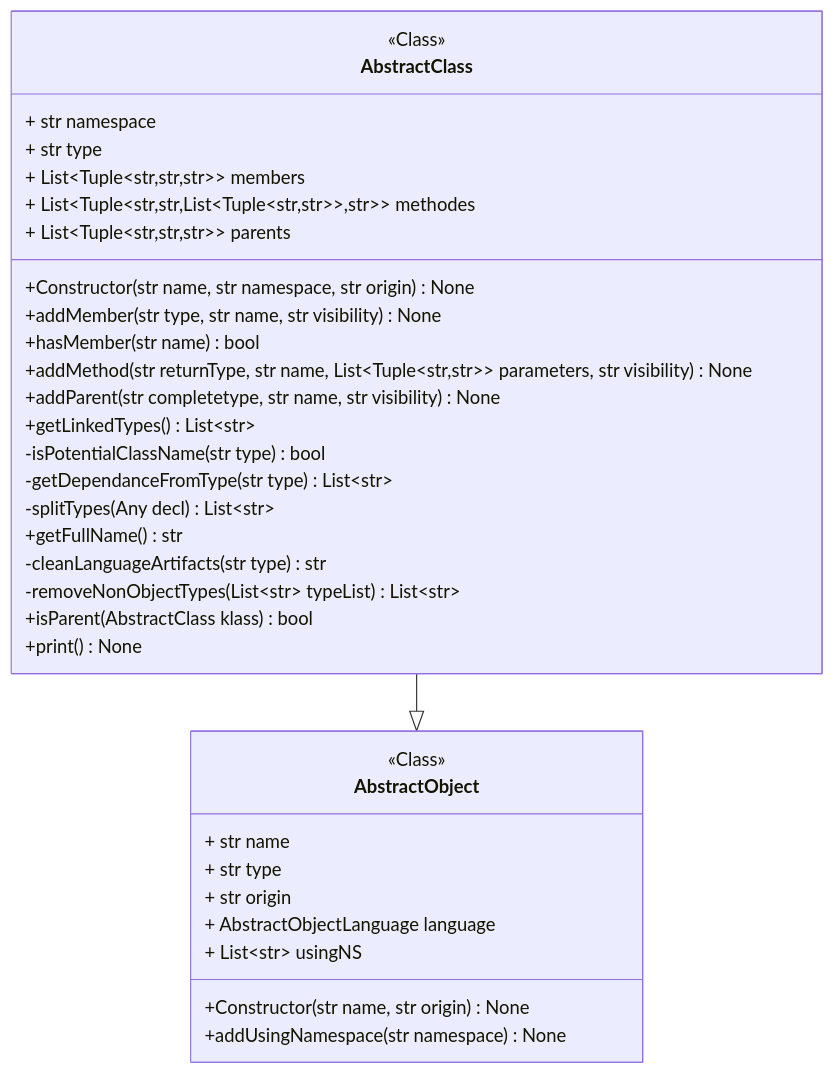
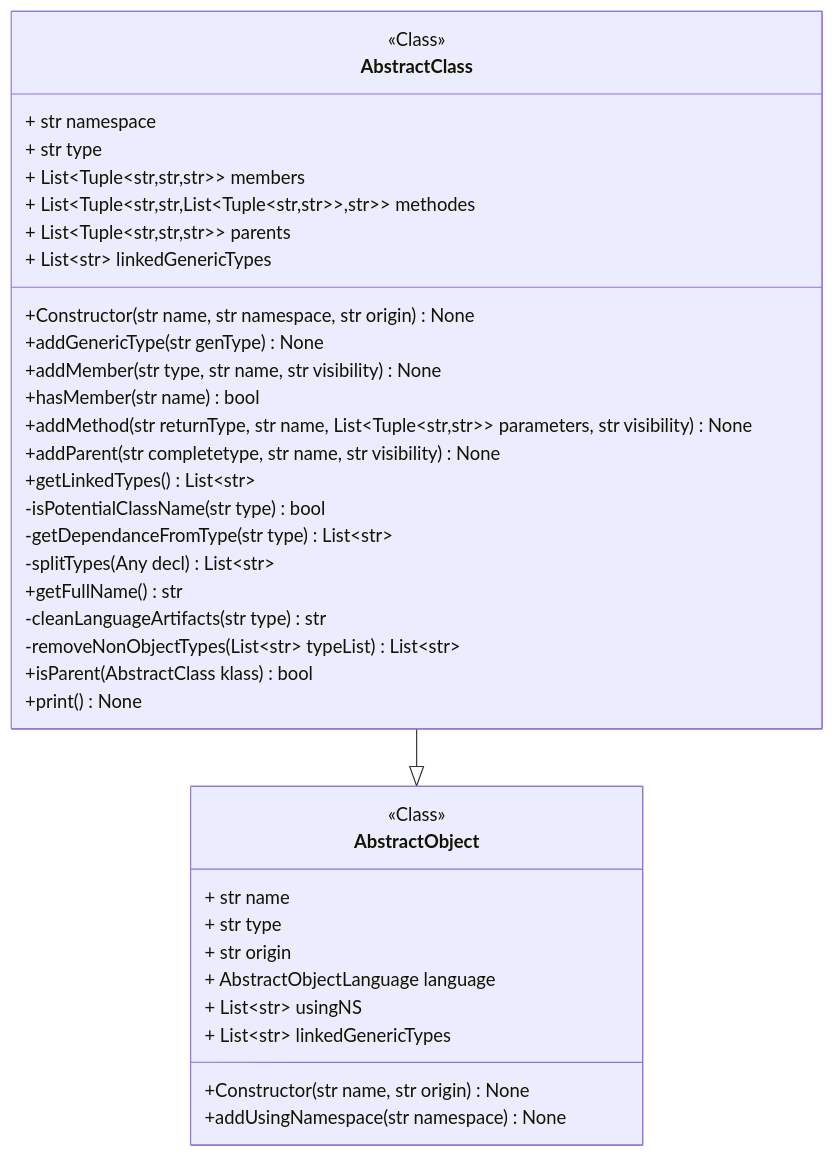
One commit to miong/pycodeanalyzer changed the diagram in docs/source/code/diagrams/pycodeanalyzer_core_abstraction_objects_AbstractClass.mmd. Above: the diagram before and after it, drawn with Mermaid. The commit also changed 24 other files, not shown here.

```diff
--- a/docs/source/code/diagrams/pycodeanalyzer_core_abstraction_objects_AbstractClass.mmd
+++ b/docs/source/code/diagrams/pycodeanalyzer_core_abstraction_objects_AbstractClass.mmd
@@ -1,35 +1,38 @@
 classDiagram
 class AbstractClass {
 <<Class>>
 + str namespace
 + str type
 + List&lt;Tuple&lt;str,str,str&gt;&gt; members
 + List&lt;Tuple&lt;str,str,List&lt;Tuple&lt;str,str&gt;&gt;,str&gt;&gt; methodes
 + List&lt;Tuple&lt;str,str,str&gt;&gt; parents
++ List~str~ linkedGenericTypes
 +Constructor(str name, str namespace, str origin) None
++addGenericType(str genType) None
 +addMember(str type, str name, str visibility) None
 +hasMember(str name) bool
 +addMethod(str returnType, str name, List&lt;Tuple&lt;str,str&gt;&gt; parameters, str visibility) None
 +addParent(str completetype, str name, str visibility) None
 +getLinkedTypes() List~str~
 -isPotentialClassName(str type) bool
 -getDependanceFromType(str type) List~str~
 -splitTypes(Any decl) List~str~
 +getFullName() str
 -cleanLanguageArtifacts(str type) str
 -removeNonObjectTypes(List~str~ typeList) List~str~
 +isParent(AbstractClass klass) bool
 +print() None
 }
 class AbstractObject {
 <<Class>>
 + str name
 + str type
 + str origin
 + AbstractObjectLanguage language
 + List~str~ usingNS
++ List~str~ linkedGenericTypes
 +Constructor(str name, str origin) None
 +addUsingNamespace(str namespace) None
 }
 link AbstractObject "class££pycodeanalyzer::core::abstraction::objects::AbstractObject"
 AbstractClass --|> AbstractObject
```
